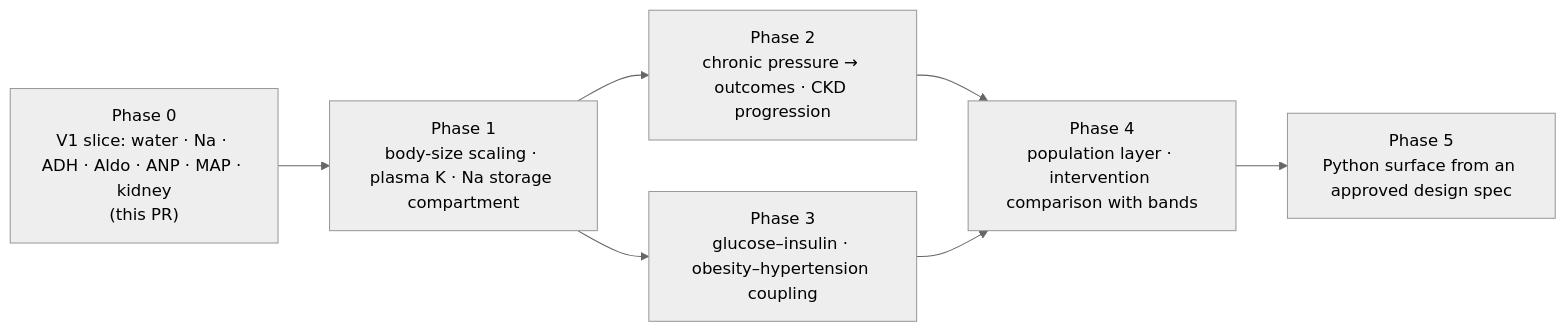
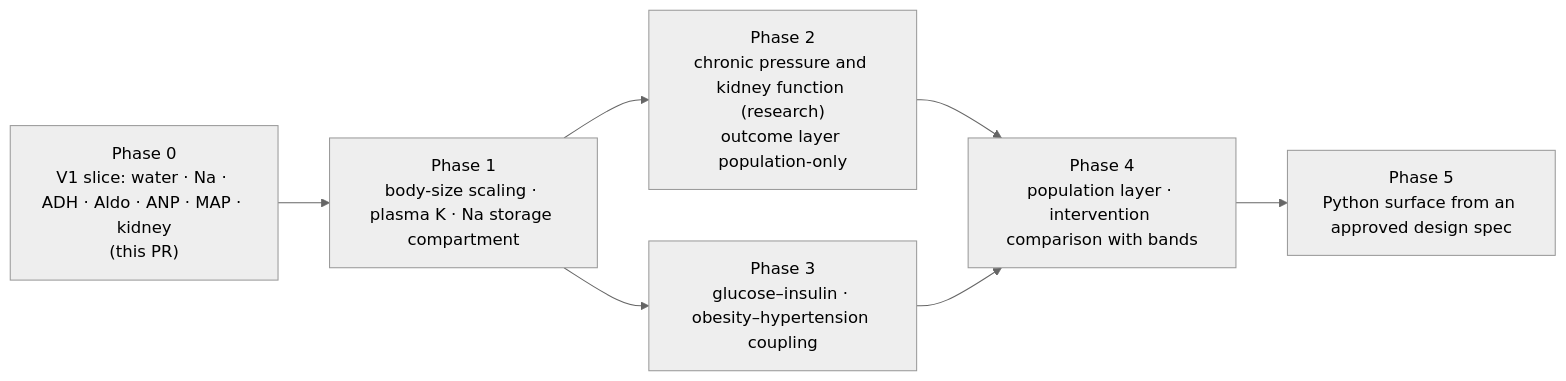
Before and after one commit to spencerwon/navanax1: the diagram in docs/health/diagrams/08_roadmap.mmd, drawn with Mermaid (neutral theme). The commit also changed 21 other files, not shown here.

```diff
--- a/docs/health/diagrams/08_roadmap.mmd
+++ b/docs/health/diagrams/08_roadmap.mmd
@@ -1,11 +1,11 @@
 %% docs/health/06_ARCHITECTURE.md §8 — the scientific roadmap as modules (docs/health/00 §10)
 flowchart LR
   P0["Phase 0<br/>V1 slice: water · Na · ADH · Aldo · ANP · MAP · kidney<br/>(this PR)"]
   P1["Phase 1<br/>body-size scaling · plasma K · Na storage compartment"]
-  P2["Phase 2<br/>chronic pressure → outcomes · CKD progression"]
+  P2["Phase 2<br/>chronic pressure and kidney function (research)<br/>outcome layer population-only"]
   P3["Phase 3<br/>glucose–insulin · obesity–hypertension coupling"]
   P4["Phase 4<br/>population layer · intervention comparison with bands"]
   P5["Phase 5<br/>Python surface from an approved design spec"]
   P0 --> P1 --> P2 --> P4
   P1 --> P3 --> P4
   P4 --> P5
```
